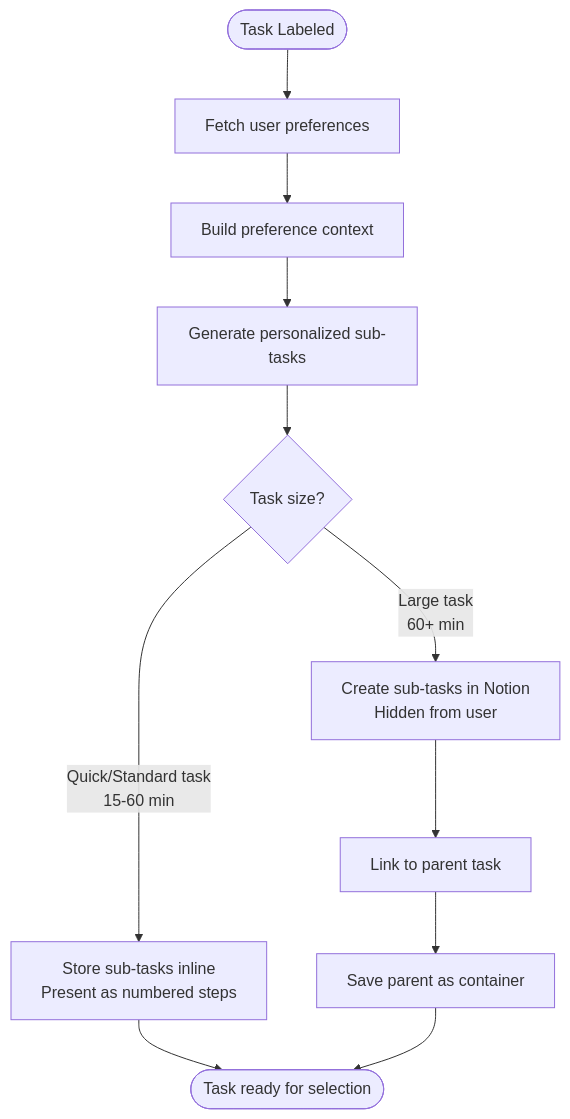
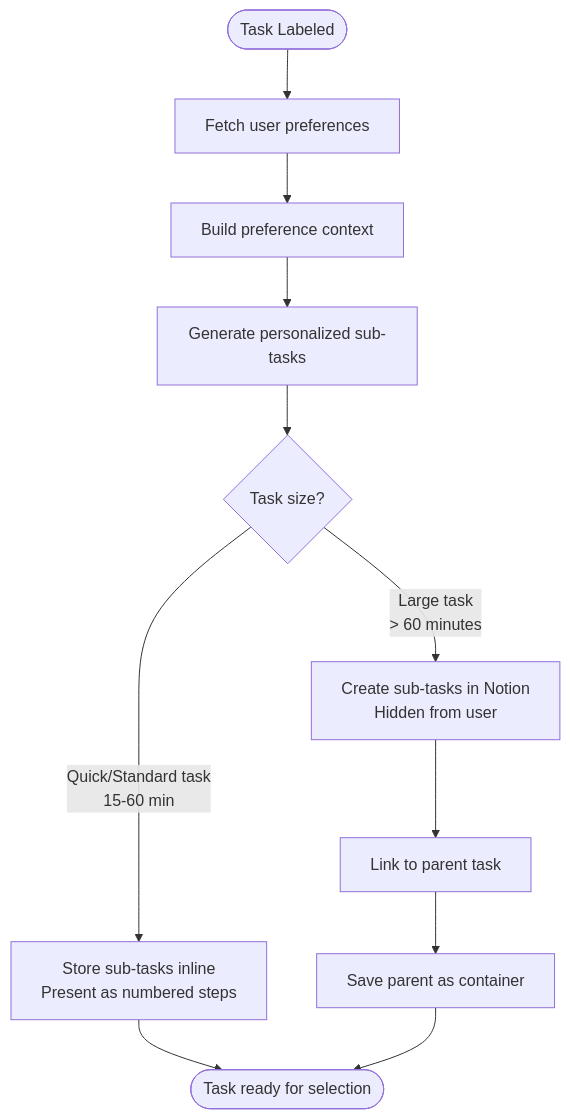
Before and after one commit to NickBorgersProbably/hide-my-list: the fifth of 29 diagrams in docs/task-lifecycle.md, drawn with Mermaid. The commit also changed other lines of this file and 6 other files, not shown here.

````diff
--- a/docs/task-lifecycle.md
+++ b/docs/task-lifecycle.md
@@ -167,16 +167,16 @@
 ```mermaid
 flowchart TD
     Labeled([Task Labeled]) --> FetchPrefs[Fetch user preferences]
     FetchPrefs --> BuildContext[Build preference context]
     BuildContext --> Generate[Generate personalized sub-tasks]
 
     Generate --> Evaluate{Task size?}
 
     Evaluate -->|Quick/Standard task<br/>15-60 min| InlineSteps[Store sub-tasks inline<br/>Present as numbered steps]
-    Evaluate -->|Large task<br/>60+ min| CreateHidden[Create sub-tasks in Notion<br/>Hidden from user]
+    Evaluate -->|Large task<br/>> 60 minutes| CreateHidden[Create sub-tasks in Notion<br/>Hidden from user]
 
     InlineSteps --> Ready([Task ready for selection])
     CreateHidden --> LinkParent[Link to parent task]
     LinkParent --> SaveParent[Save parent as container]
     SaveParent --> Ready
 ```
````
